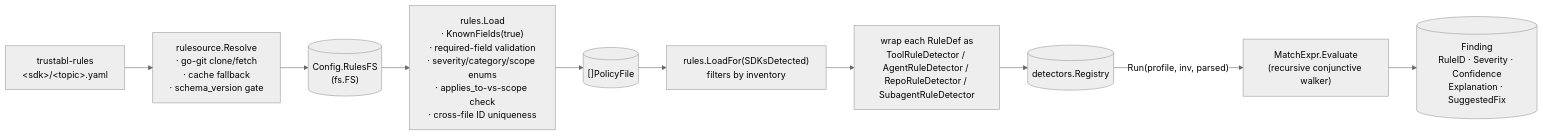
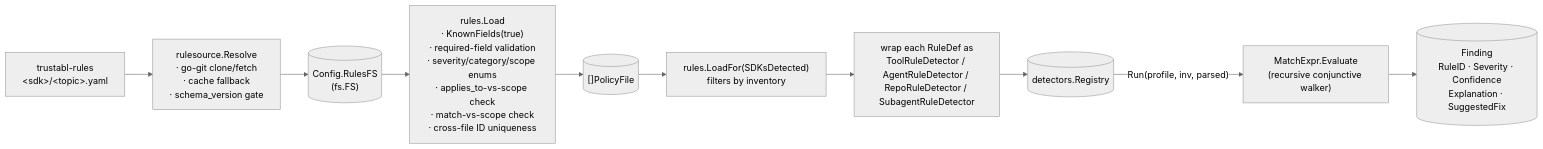
One commit to trustabl/trustabl changed the fourth of 4 diagrams in ARCHITECTURE.md. Above: the diagram before and after it, drawn with Mermaid (neutral theme). The commit also changed other lines of this file and 3 other files, not shown here.

````diff
--- a/ARCHITECTURE.md
+++ b/ARCHITECTURE.md
@@ -1222,16 +1232,16 @@
 ```mermaid
 flowchart LR
     yaml["trustabl-rules<br/>&lt;sdk&gt;/&lt;topic&gt;.yaml"]
     resolve["rulesource.Resolve<br/>· go-git clone/fetch<br/>· cache fallback<br/>· schema_version gate"]
     fs[("Config.RulesFS<br/>(fs.FS)")]
-    loader["rules.Load<br/>· KnownFields(true)<br/>· required-field validation<br/>· severity/category/scope enums<br/>· applies_to-vs-scope check<br/>· cross-file ID uniqueness"]
+    loader["rules.Load<br/>· KnownFields(true)<br/>· required-field validation<br/>· severity/category/scope enums<br/>· applies_to-vs-scope check<br/>· match-vs-scope check<br/>· cross-file ID uniqueness"]
     rules[("[]PolicyFile")]
     loadfor["rules.LoadFor(SDKsDetected)<br/>filters by inventory"]
     wrap["wrap each RuleDef as<br/>ToolRuleDetector / AgentRuleDetector / RepoRuleDetector / SubagentRuleDetector"]
     registry[("detectors.Registry")]
     evaluate["MatchExpr.Evaluate<br/>(recursive conjunctive walker)"]
     finding[("Finding<br/>RuleID · Severity · Confidence<br/>Explanation · SuggestedFix")]
 
     yaml --> resolve --> fs --> loader --> rules --> loadfor --> wrap --> registry
     registry -- "Run(profile, inv, parsed)" --> evaluate --> finding
 ```
````
